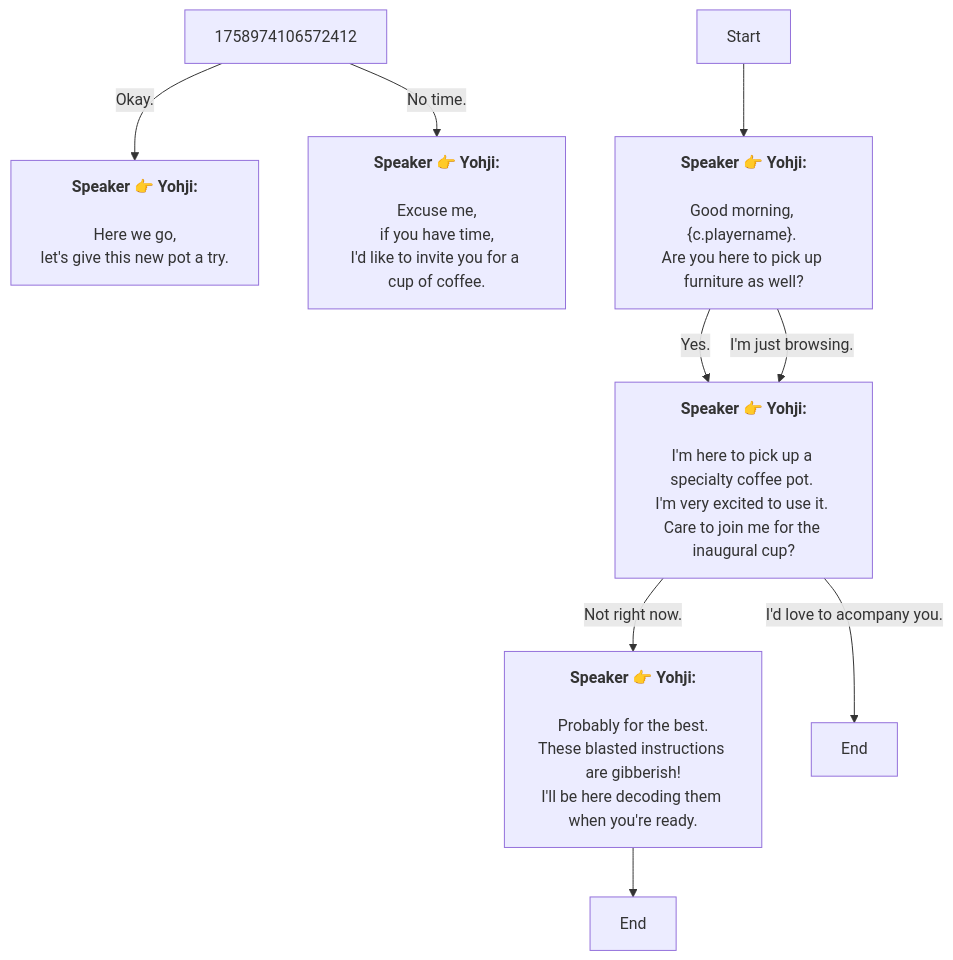
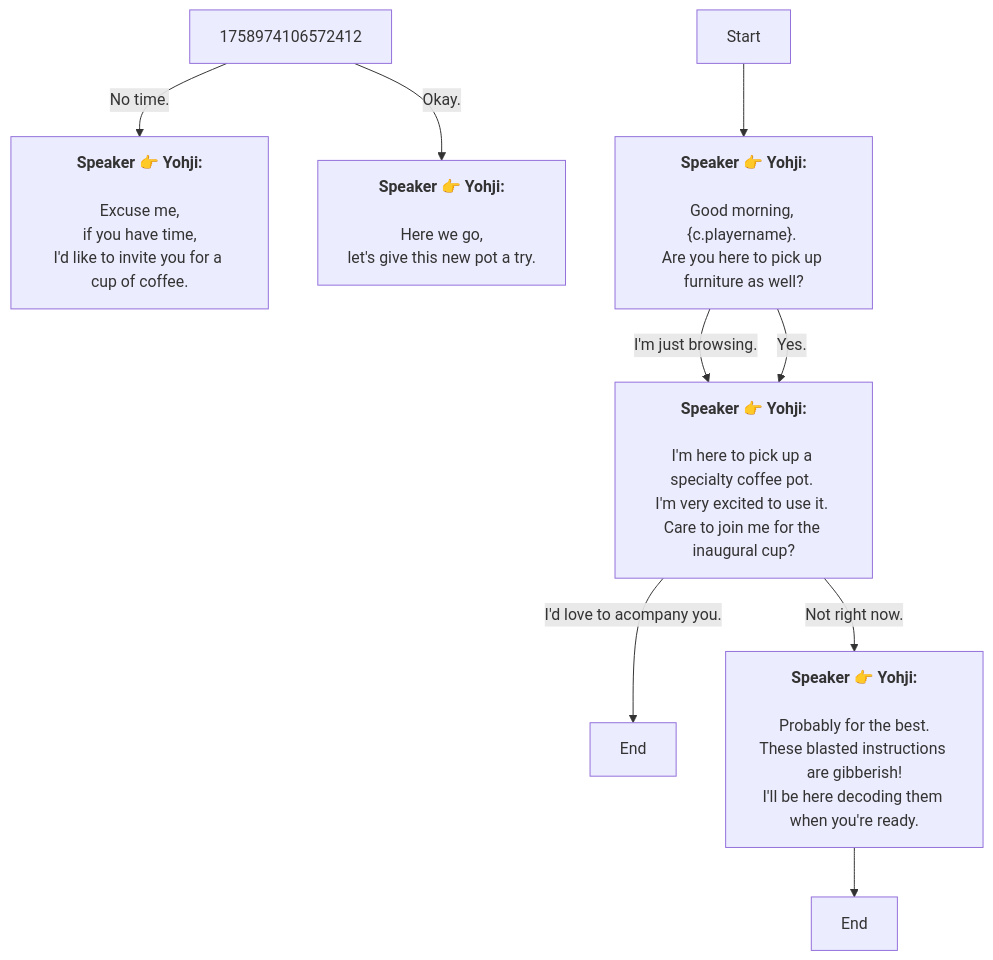
One commit to SoftHu/tos_avg changed the diagram in En/QuestTalkObjectiveNode_1758973985694327.md. Above: the diagram before and after it, drawn with Mermaid. The commit also changed other lines of this file and 780 other files, not shown here.

````diff
--- a/En/QuestTalkObjectiveNode_1758973985694327.md
+++ b/En/QuestTalkObjectiveNode_1758973985694327.md
@@ -1,28 +1,28 @@
 ```mermaid
 graph
-1758974106572412 -->|Okay.|1758974862427780[<b>Speaker 👉 Yohji:</b>
-\nHere we go,
-let's give this new pot a try.]
 1758974106572412 -->|No time.|1758974898523781[<b>Speaker 👉 Yohji:</b>
 \nExcuse me,
 if you have time,
 I'd like to invite you for a cup of coffee.]
+1758974106572412 -->|Okay.|1758974862427780[<b>Speaker 👉 Yohji:</b>
+\nHere we go,
+let's give this new pot a try.]
 Start -->1772870341373218[<b>Speaker 👉 Yohji:</b>
 \nGood morning, &lbrace;c.playername&rbrace;. 
 Are you here to pick up furniture as well?]
+1772870341373218 -->|I'm just browsing.|1772870377515304[<b>Speaker 👉 Yohji:</b>
+\nI'm here to pick up a specialty coffee pot. 
+I'm very excited to use it. 
+Care to join me for the inaugural cup?]
 1772870341373218 -->|Yes.|1772870377515304[<b>Speaker 👉 Yohji:</b>
 \nI'm here to pick up a specialty coffee pot. 
 I'm very excited to use it. 
 Care to join me for the inaugural cup?]
-1772870341373218 -->|I'm just browsing.|1772870377515304[<b>Speaker 👉 Yohji:</b>
-\nI'm here to pick up a specialty coffee pot. 
-I'm very excited to use it. 
-Care to join me for the inaugural cup?]
+1772870377515304 -->|I'd love to acompany you.|1772870517681456[End]
 1772870377515304 -->|Not right now.|1772870422685998[<b>Speaker 👉 Yohji:</b>
 \nProbably for the best.
 These blasted instructions are gibberish!
 I'll be here decoding them when you're ready.]
-1772870377515304 -->|I'd love to acompany you.|1772870517681456[End]
 1772870422685998 -->1772870499052847[End]
 
 ```
````
